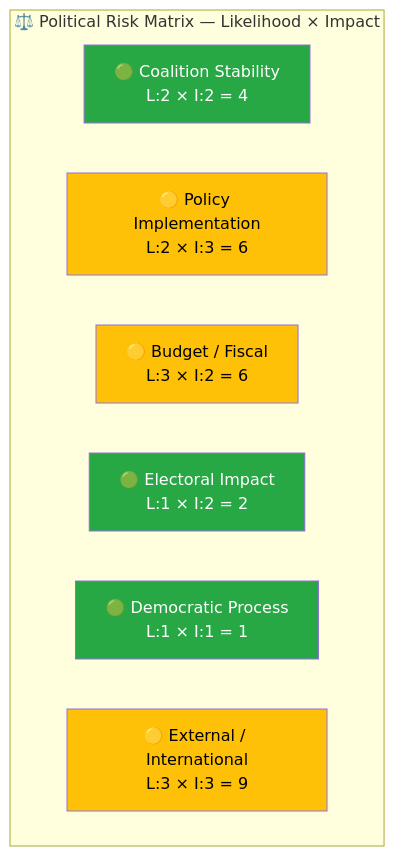
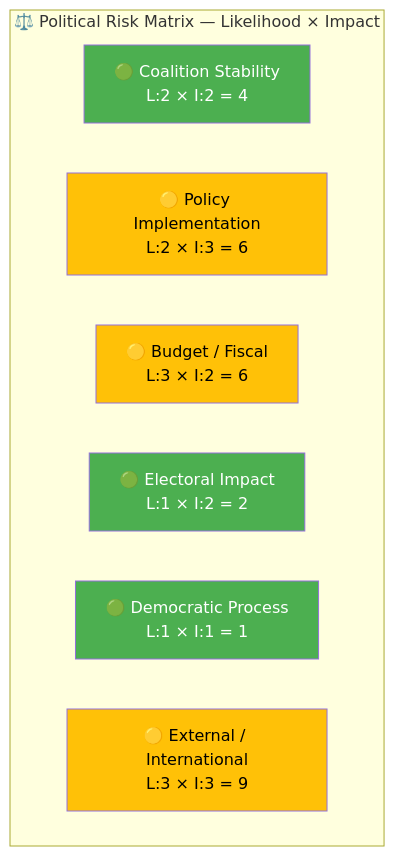
Before and after one commit to Hack23/riksdagsmonitor: the third of 5 diagrams in analysis/daily/2026-04-09/realtime-1436/documents/hd03220-analysis.md, drawn with Mermaid. The commit also changed other lines of this file and 785 other files, not shown here.

First line of the commit message:
Normalize mermaid colors across 786 analysis artifacts to ISMS Style Guide palette

````diff
--- a/analysis/daily/2026-04-09/realtime-1436/documents/hd03220-analysis.md
+++ b/analysis/daily/2026-04-09/realtime-1436/documents/hd03220-analysis.md
@@ -93,18 +93,18 @@
 ```mermaid
 graph TD
     subgraph "⚖️ Political Risk Matrix — Likelihood × Impact"
         R1["🟢 Coalition Stability<br/>L:2 × I:2 = 4"]
         R2["🟡 Policy Implementation<br/>L:2 × I:3 = 6"]
         R3["🟡 Budget / Fiscal<br/>L:3 × I:2 = 6"]
         R4["🟢 Electoral Impact<br/>L:1 × I:2 = 2"]
         R5["🟢 Democratic Process<br/>L:1 × I:1 = 1"]
         R6["🟡 External / International<br/>L:3 × I:3 = 9"]
     end
 
-    style R1 fill:#28a745,color:#fff
-    style R2 fill:#ffc107,color:#000
-    style R3 fill:#ffc107,color:#000
-    style R4 fill:#28a745,color:#fff
-    style R5 fill:#28a745,color:#fff
-    style R6 fill:#ffc107,color:#000
+    style R1 fill:#4CAF50,color:#FFFFFF
+    style R2 fill:#FFC107,color:#000000
+    style R3 fill:#FFC107,color:#000000
+    style R4 fill:#4CAF50,color:#FFFFFF
+    style R5 fill:#4CAF50,color:#FFFFFF
+    style R6 fill:#FFC107,color:#000000
 ```
````
